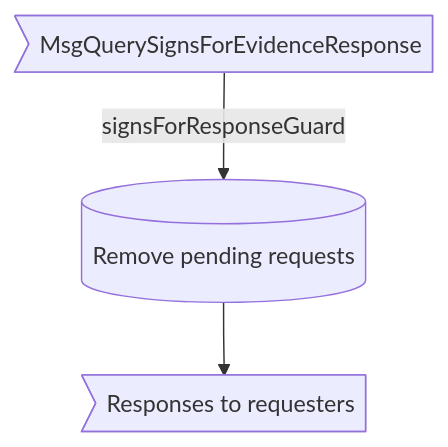
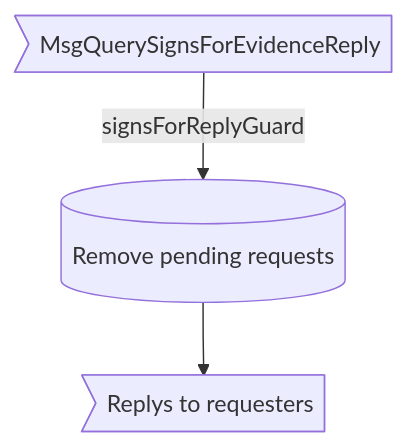
One commit to anoma/nspec changed the second of 2 diagrams in docs/arch/node/engines/verification_behaviour.juvix.md. Above: the diagram before and after it, drawn with Mermaid. The commit also changed other lines of this file and 37 other files, not shown here.

Commit message:
Renamed all instances of "Response" to "Reply" in message interfaces for consistency across commitment, decryption, identity management, and other engines.

````diff
--- a/docs/arch/node/engines/verification_behaviour.juvix.md
+++ b/docs/arch/node/engines/verification_behaviour.juvix.md
@@ -484,8 +484,8 @@
 ```mermaid
 flowchart TD
-  CM>MsgQuerySignsForEvidenceResponse]
+  CM>MsgQuerySignsForEvidenceReply]
   ES[(Remove pending requests)]
-  MSG>Responses to requesters]
+  MSG>Replys to requesters]
 
-  CM --signsForResponseGuard--> ES --> MSG
+  CM --signsForReplyGuard--> ES --> MSG
 ```
````
